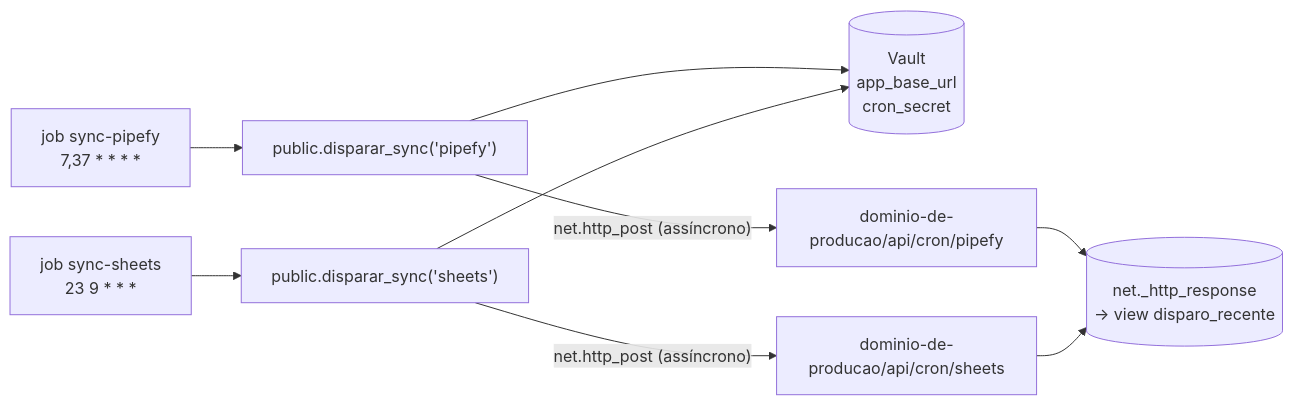
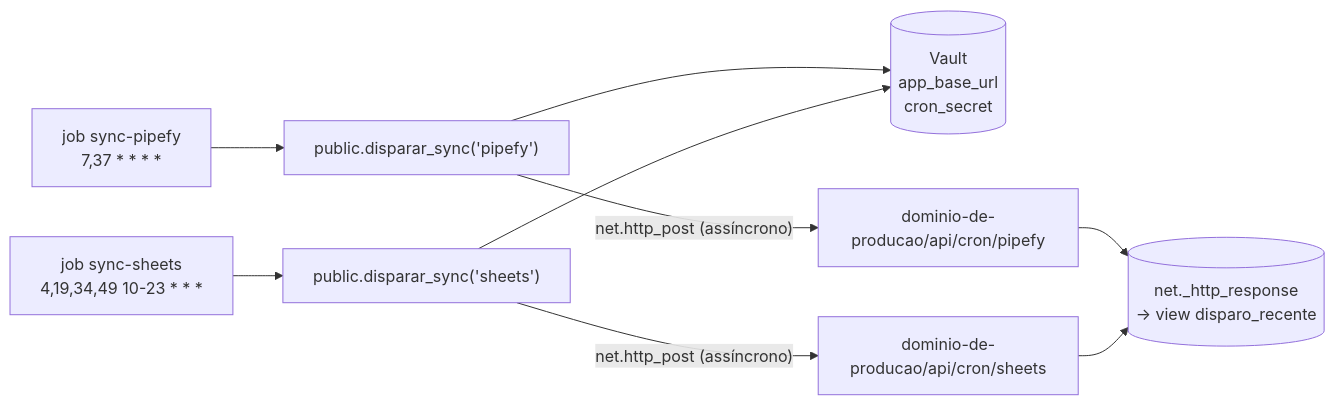
Before and after one commit to cce-fluxo/DashBoardVendas: the diagram in docs/automacoes.md, drawn with Mermaid. The commit also changed other lines of this file and 4 other files, not shown here.

````diff
--- a/docs/automacoes.md
+++ b/docs/automacoes.md
@@ -25,11 +25,11 @@
 ```mermaid
 flowchart LR
   J1["job sync-pipefy<br/>7,37 * * * *"] --> F["public.disparar_sync('pipefy')"]
-  J2["job sync-sheets<br/>23 9 * * *"] --> F2["public.disparar_sync('sheets')"]
+  J2["job sync-sheets<br/>4,19,34,49 10-23 * * *"] --> F2["public.disparar_sync('sheets')"]
   F --> V[("Vault<br/>app_base_url<br/>cron_secret")]
   F2 --> V
   F -- "net.http_post (assíncrono)" --> E["dominio-de-producao/api/cron/pipefy"]
   F2 -- "net.http_post (assíncrono)" --> E2["dominio-de-producao/api/cron/sheets"]
   E --> R[("net._http_response<br/>→ view disparo_recente")]
   E2 --> R
 ```
````
